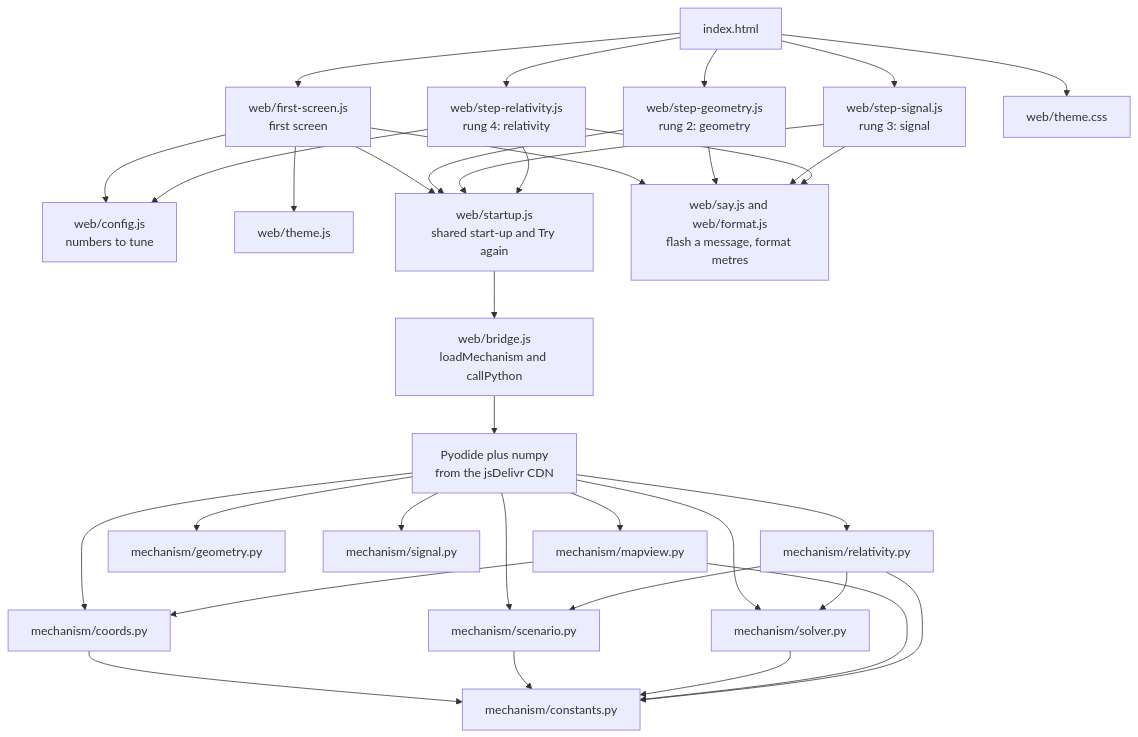
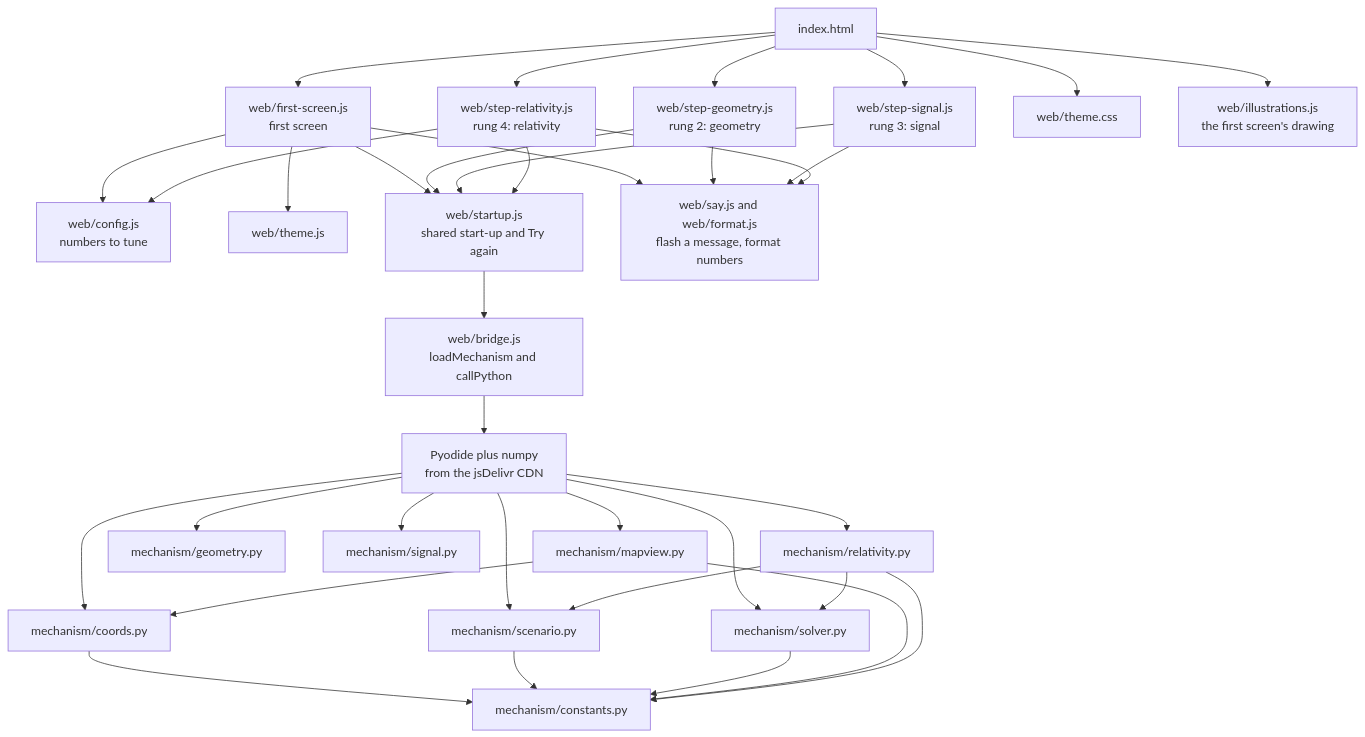
Before and after one commit to Aliyymakes/how-gps-works: the diagram in docs/onboarding/architecture.md, drawn with Mermaid. The commit also changed other lines of this file and 13 other files, not shown here.

````diff
--- a/docs/onboarding/architecture.md
+++ b/docs/onboarding/architecture.md
@@ -11,57 +11,59 @@
 ```mermaid
 flowchart TD
   index["index.html"]
   first["web/first-screen.js<br/>first screen"]
   geo["web/step-geometry.js<br/>rung 2: geometry"]
   sig["web/step-signal.js<br/>rung 3: signal"]
   rel["web/step-relativity.js<br/>rung 4: relativity"]
   cfg["web/config.js<br/>numbers to tune"]
   theme["web/theme.js"]
   css["web/theme.css"]
   startup["web/startup.js<br/>shared start-up and Try again"]
   bridge["web/bridge.js<br/>loadMechanism and callPython"]
-  small["web/say.js and web/format.js<br/>flash a message, format metres"]
+  small["web/say.js and web/format.js<br/>flash a message, format numbers"]
+  illus["web/illustrations.js<br/>the first screen's drawing"]
   pyo["Pyodide plus numpy<br/>from the jsDelivr CDN"]
   coords["mechanism/coords.py"]
   scen["mechanism/scenario.py"]
   solver["mechanism/solver.py"]
   mapv["mechanism/mapview.py"]
   geom["mechanism/geometry.py"]
   signal["mechanism/signal.py"]
   relm["mechanism/relativity.py"]
   const["mechanism/constants.py"]
 
   index --> first
   index --> geo
   index --> sig
   index --> rel
   first --> cfg
   rel --> cfg
   index --> css
+  index --> illus
   first --> theme
   first --> startup
   geo --> startup
   sig --> startup
   rel --> startup
   startup --> bridge
   first --> small
   geo --> small
   sig --> small
   rel --> small
   bridge --> pyo
   pyo --> coords
   pyo --> scen
   pyo --> solver
   pyo --> mapv
   pyo --> geom
   pyo --> signal
   pyo --> relm
   coords --> const
   scen --> const
   solver --> const
   mapv --> coords
   mapv --> const
   relm --> scen
   relm --> solver
   relm --> const
 ```
````
